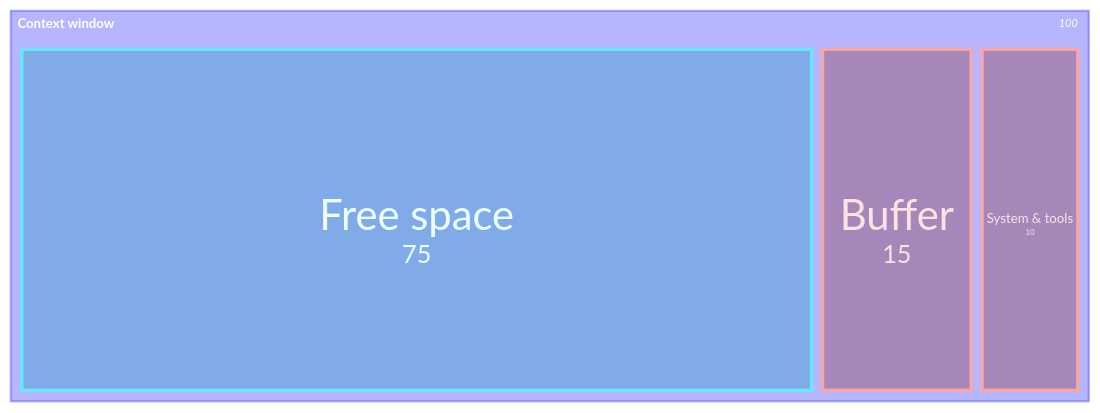
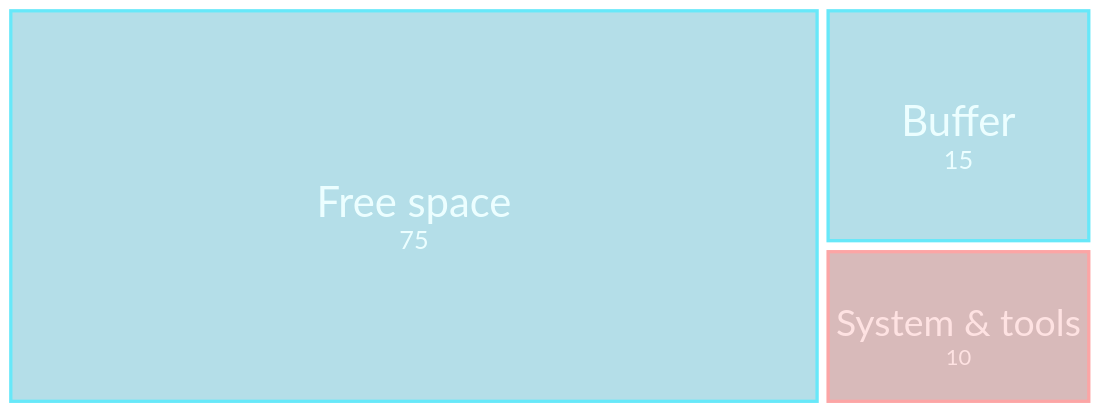
The second of 5 diagrams in src/content/glossary/context-engineering.md (theomonfort/theomonfort), drawn with Mermaid before and after one commit. The commit also changed other lines of this file, not shown here.

Commit message:
Update context treemap palette

````diff
--- a/src/content/glossary/context-engineering.md
+++ b/src/content/glossary/context-engineering.md
@@ -56,9 +56,9 @@
 ```mermaid
 treemap-beta
-"Context window"
+  "Context window"
   "System & tools": 10:::used
   "Free space": 75:::free
-  "Buffer": 15:::used
+  "Buffer": 15:::free
 classDef used fill:#7f1d1d,stroke:#fca5a5,color:#fee2e2
 classDef free fill:#0891b2,stroke:#67e8f9,color:#ecfeff
 ```
````
